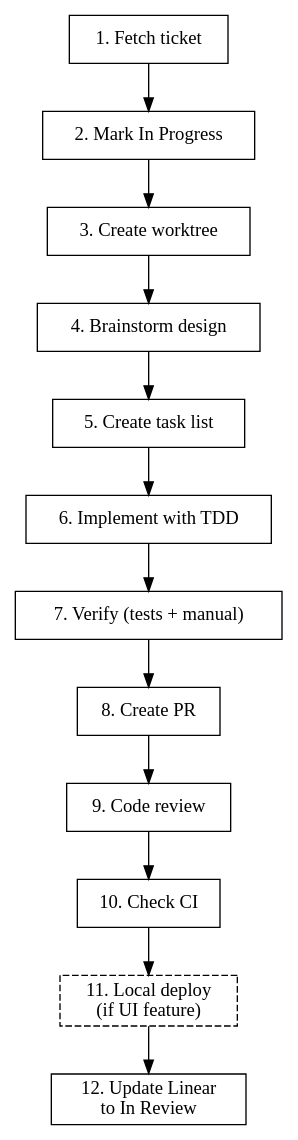
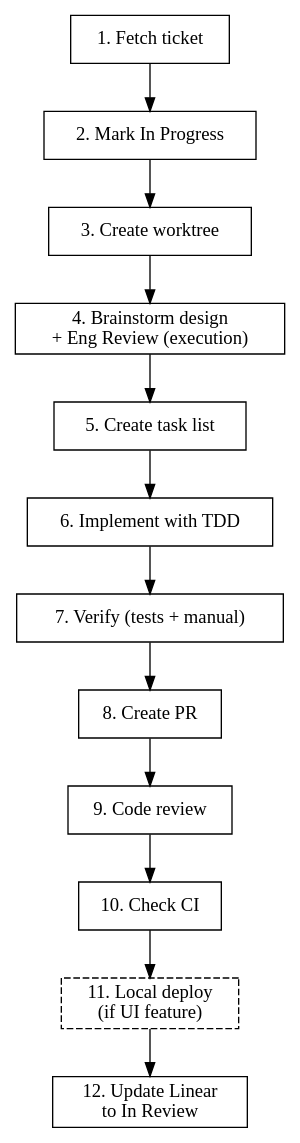
The diagram in skills/starting-linear-ticket/SKILL.md (ianmartorell/claude-config), drawn with Graphviz before and after one commit. The commit also changed other lines of this file and 3 other files, not shown here.

First line of the commit message:
feat: add planning workflow skills — CEO review, Eng review, ticket creation orchestrator

````diff
--- a/skills/starting-linear-ticket/SKILL.md
+++ b/skills/starting-linear-ticket/SKILL.md
@@ -85,20 +85,20 @@
 ```dot
 digraph workflow {
     rankdir=TB;
 
     fetch [label="1. Fetch ticket", shape=box];
     progress [label="2. Mark In Progress", shape=box];
     worktree [label="3. Create worktree", shape=box];
-    brainstorm [label="4. Brainstorm design", shape=box];
+    brainstorm [label="4. Brainstorm design\n+ Eng Review (execution)", shape=box];
     todos [label="5. Create task list", shape=box];
     tdd [label="6. Implement with TDD", shape=box];
     verify [label="7. Verify (tests + manual)", shape=box];
     pr [label="8. Create PR", shape=box];
     codereview [label="9. Code review", shape=box];
     ci [label="10. Check CI", shape=box];
     localtest [label="11. Local deploy\n(if UI feature)", shape=box, style=dashed];
     review [label="12. Update Linear\nto In Review", shape=box];
 
     fetch -> progress -> worktree -> brainstorm -> todos -> tdd -> verify -> pr -> codereview -> ci -> localtest -> review;
 }
 ```
````
